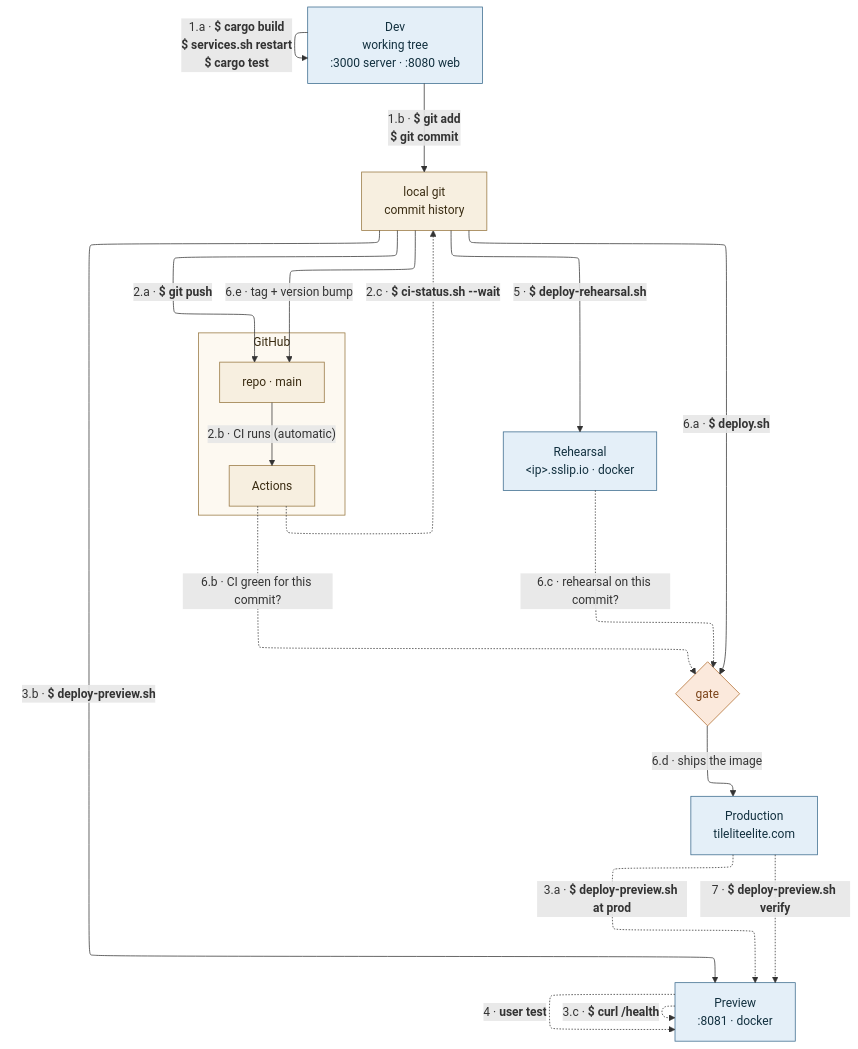
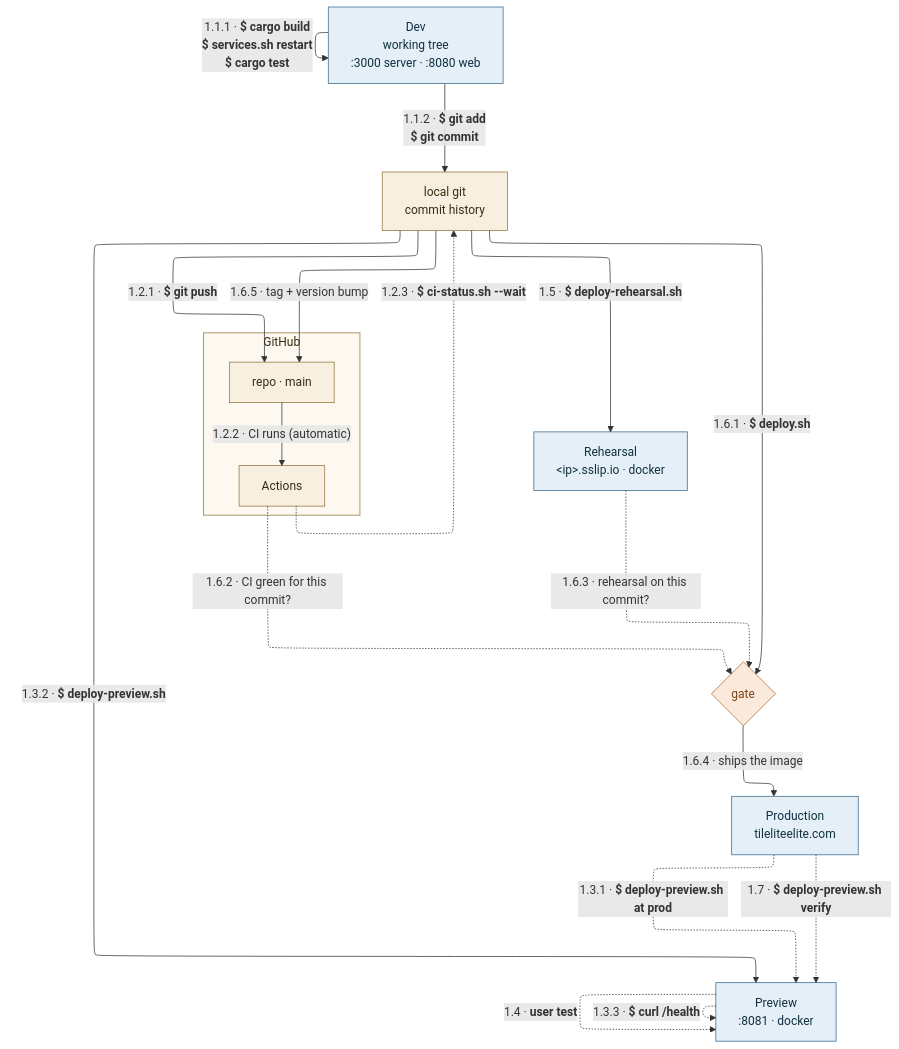
The diagram in docs/diagrams/release-flow.mmd (SteveStyle/scrabble-px), drawn with Mermaid before and after one commit. The commit also changed 2 other files, not shown here.

Commit message:
app 0.6.3 api 2.13: the diagram uses the section numbers, not a second scheme
Owner, 2026-08-21: *"section 1 — steps sometimes use 1a, 1b, 1c and sometimes
1.1, 1.2, 1.3. The second is probably better to fit the section numbering"*, and
on where: *"the letter style is in the diagram."*

It was, and it had drifted into a second numbering scheme sitting beside the
section numbers while agreeing with neither. The prose steps are 1.1 to 1.7; the
diagram's arrows were 1, 2, 3 with letter sub-parts — so diagram arrow 5 meant
step 1.5, which the comment block had to explain, and 1.a meant the first part of
step 1.1, which it also had to explain.

Now the arrows carry the section numbers themselves: 1.4, 1.5, 1.7 where a step
is one arrow, and 1.1.1 to 1.1.2, 1.2.1 to 1.2.3, 1.6.1 to 1.6.5 where a step
breaks into ordered parts. Nothing needs explaining, because the number in the
diagram is the number in the text.

Re-rendered through the Docker path — npx failed the way the README describes,
which is the silent Puppeteer failure it warns about, so the note earned itself
again.

The four references in 3.3 to 1.a to 1.e are updated with it.

Refs #155

```diff
--- a/docs/diagrams/release-flow.mmd
+++ b/docs/diagrams/release-flow.mmd
@@ -1,89 +1,92 @@
 ---
 config:
   layout: elk
   elk:
     nodePlacementStrategy: BRANDES_KOEPF
 ---
 flowchart TB
     %% Line language, applied consistently:
     %%   -->    code moves, in the direction it moves
     %%   -.->   an answer comes back — a query, nothing shipped
     %% Bold is an action somebody takes; normal weight is something that
     %% happens on its own or a question being asked. Bold comes from
     %% mermaid markdown strings (backtick-quoted labels) rather than <b>,
     %% which leaks literally while htmlLabels is false.
     %% .
     %% Every arrow is numbered, in the order events happen, so the whole
-    %% sequence can be followed by reading the numbers. A letter suffix
-    %% breaks one runbook step into its ordered parts — 1.a-1.b are things
-    %% you do, 6.a-6.e are what one command does on your behalf. The numbers
-    %% are the runbook's own section numbers in docs/3.3 part 1: arrow 5 is
-    %% step 1.5, so the diagram and the text can be read together.
+    %% sequence can be followed by reading the numbers. The numbers ARE the
+    %% runbook's section numbers in docs/3.3 part 1 — arrow 1.5 is step 1.5 —
+    %% so the diagram and the text can be read together. A third level breaks
+    %% one step into its ordered parts: 1.1.1-1.1.2 are things you do,
+    %% 1.6.1-1.6.5 are what one command does on your behalf.
+    %% .
+    %% This was 1.a, 2.b, 6.e until 2026-08-21, a second numbering scheme
+    %% sitting beside the section numbers and agreeing with neither.
     %% .
     %%   {  }   a decision on an action arrow — the action stops here and
     %%          is tested before it continues. Checks feed into it.
     %% .
     %% .
     %% Preview deliberately does not feed the gate. It is where you look at a
     %% change; the gate asks whether the release *mechanism* worked, which is
     %% what the rehearsal host answers. A gate can check that bits were
     %% present somewhere, never that somebody looked at them and was happy.
     %% .
     %% The gate is a decision on the *action*, not a property of production:
     %% it happens inside deploy.sh, before anything ships, and the two
     %% checks are inputs to it. Drawing it as arrows into Production implied
     %% a relationship between Actions and Production that does not exist.
     %% .
     %% No linkStyle anywhere: the shapes carry the meaning. Edge indices
     %% silently pointed at the wrong arrows four times when they did.
     %% .
     %% Steps 3, 6 and 7.a start at local git rather than Dev on purpose, and
     %% this is literally true of the scripts: both check the commit out into
     %% a throwaway git worktree and build that, so the working tree cannot
     %% reach either environment. Do not "correct" these to start at DEV.
     DEV["Dev<br/>working tree<br/>:3000 server · :8080 web"]
     STG["Preview<br/>:8081 · docker"]
     REH["Rehearsal<br/>&lt;ip&gt;.sslip.io · docker"]
     PROD["Production<br/>tileliteelite.com"]
     LG["local git<br/>commit history"]
     subgraph GH["GitHub"]
         REPO["repo · main"]
         ACT["Actions"]
     end
 
 
     DEV ~~~ STG
     STG ~~~ REH
     REH ~~~ GATE
     %% Without this, ELK floats Production up beside the others and "ships
     %% the image" points upward. Pinning it last puts the environments in
     %% descending order and the deploy flow downward through the gate.
     REH ~~~ PROD
 
-    DEV -->|"`1.a · **$ cargo build**
+    DEV -->|"`1.1.1 · **$ cargo build**
 **$ services.sh restart**
 **$ cargo test**`"| DEV
-    DEV -->|"`1.b · **$ git add**
+    DEV -->|"`1.1.2 · **$ git add**
 **$ git commit**`"| LG
-    LG -->|"`2.a · **$ git push**`"| REPO
-    REPO -->|"2.b · CI runs (automatic)"| ACT
-    ACT -.->|"`2.c · **$ ci-status.sh --wait**`"| LG
-    PROD -.->|"`3.a · **$ deploy-preview.sh at prod**`"| STG
-    LG -->|"`3.b · **$ deploy-preview.sh**`"| STG
-    STG -.->|"`3.c · **$ curl /health**`"| STG
-    STG -.->|"`4 · **user test**`"| STG
-    LG -->|"`5 · **$ deploy-rehearsal.sh**`"| REH
-    LG -->|"`6.a · **$ deploy.sh**`"| GATE{"gate"}
-    GATE -->|"6.d · ships the image"| PROD
-    ACT -.->|"6.b · CI green for this commit?"| GATE
-    REH -.->|"6.c · rehearsal on this commit?"| GATE
-    LG -->|"6.e · tag + version bump"| REPO
-    PROD -.->|"`7 · **$ deploy-preview.sh verify**`"| STG
+    LG -->|"`1.2.1 · **$ git push**`"| REPO
+    REPO -->|"1.2.2 · CI runs (automatic)"| ACT
+    ACT -.->|"`1.2.3 · **$ ci-status.sh --wait**`"| LG
+    PROD -.->|"`1.3.1 · **$ deploy-preview.sh at prod**`"| STG
+    LG -->|"`1.3.2 · **$ deploy-preview.sh**`"| STG
+    STG -.->|"`1.3.3 · **$ curl /health**`"| STG
+    STG -.->|"`1.4 · **user test**`"| STG
+    LG -->|"`1.5 · **$ deploy-rehearsal.sh**`"| REH
+    LG -->|"`1.6.1 · **$ deploy.sh**`"| GATE{"gate"}
+    GATE -->|"1.6.4 · ships the image"| PROD
+    ACT -.->|"1.6.2 · CI green for this commit?"| GATE
+    REH -.->|"1.6.3 · rehearsal on this commit?"| GATE
+    LG -->|"1.6.5 · tag + version bump"| REPO
+    PROD -.->|"`1.7 · **$ deploy-preview.sh verify**`"| STG
 
     classDef gate fill:#fbe9dc,stroke:#b06a2c,color:#7a4318
     classDef env fill:#e4eff8,stroke:#39698c,color:#12303f
     classDef repo fill:#f7efe0,stroke:#96763f,color:#3a2c12
     class DEV,STG,REH,PROD env
     class LG,REPO,ACT repo
     class GATE gate
     style GH fill:#fdf9f1,stroke:#96763f,color:#3a2c12
```
